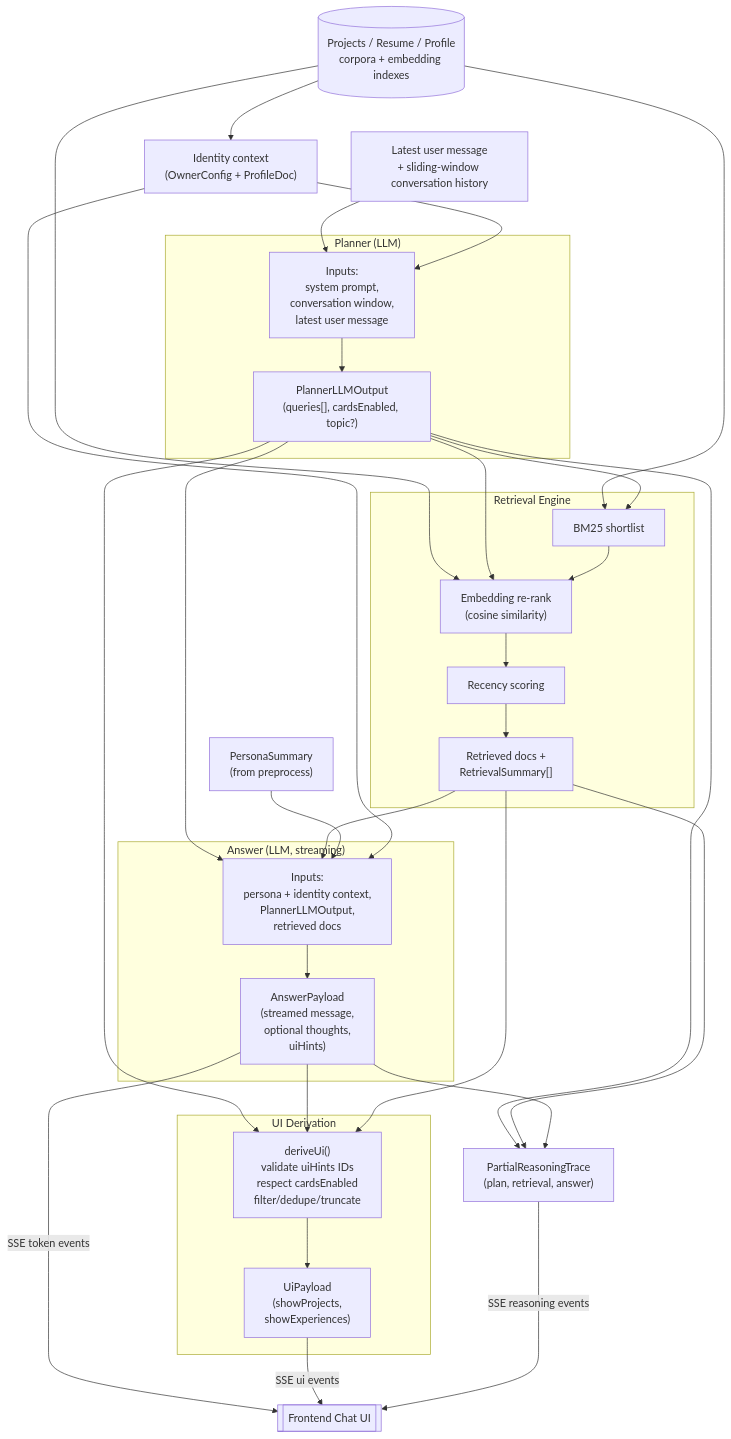
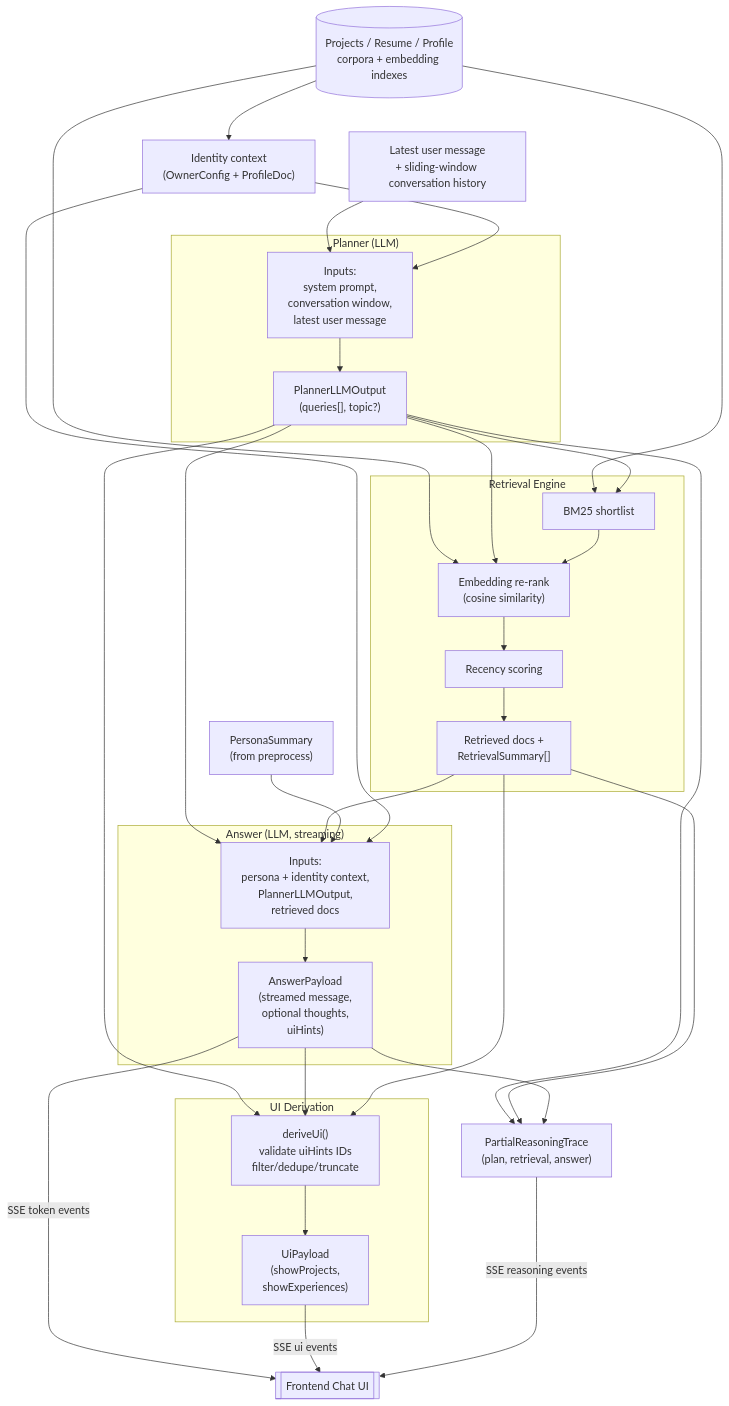
The diagram in generated-diagrams/portfolio-chat-pipeline-internals.mmd (Volpestyle/portfolio), drawn with Mermaid before and after one commit. The commit also changed 7 other files, not shown here.

First line of the commit message:
chore: regenerate diagrams, persona, and preprocess metrics

```diff
--- a/generated-diagrams/portfolio-chat-pipeline-internals.mmd
+++ b/generated-diagrams/portfolio-chat-pipeline-internals.mmd
@@ -1,68 +1,68 @@
 %% Figure 5.0 -- Pipeline Stage Internals (Simplified)
 %% Output: portfolio-chat-pipeline-internals.png
 flowchart TB
   %% === Inputs ===
   USER_MSG["Latest user message\n+ sliding-window conversation history"]
   ID_CONTEXT["Identity context\n(OwnerConfig + ProfileDoc)"]
   PERSONA["PersonaSummary\n(from preprocess)"]
   CORPORA[(Projects / Resume / Profile\ncorpora + embedding indexes)]
 
   %% === Pipeline Stages ===
   subgraph PLANNER["Planner (LLM)"]
     P_IN["Inputs:\nsystem prompt,\nconversation window,\nlatest user message"]
-    P_OUT["PlannerLLMOutput\n(queries[], cardsEnabled, topic?)"]
+    P_OUT["PlannerLLMOutput\n(queries[], topic?)"]
   end
 
   subgraph RETR["Retrieval Engine"]
     RET_BM25["BM25 shortlist"]
     RET_EMB["Embedding re-rank\n(cosine similarity)"]
     RET_REC["Recency scoring"]
     RET_OUT["Retrieved docs +\nRetrievalSummary[]"]
   end
 
   subgraph ANSWER["Answer (LLM, streaming)"]
     A_IN["Inputs:\npersona + identity context,\nPlannerLLMOutput,\nretrieved docs"]
     A_OUT["AnswerPayload\n(streamed message,\noptional thoughts,\nuiHints)"]
   end
 
   subgraph UI["UI Derivation"]
-    UI_DERIVE["deriveUi()\nvalidate uiHints IDs\nrespect cardsEnabled\nfilter/dedupe/truncate"]
+    UI_DERIVE["deriveUi()\nvalidate uiHints IDs\nfilter/dedupe/truncate"]
     UI_PAYLOAD["UiPayload\n(showProjects,\nshowExperiences)"]
   end
 
   REASON["PartialReasoningTrace\n(plan, retrieval, answer)"]
 
   %% === Flow ===
   USER_MSG --> P_IN
   ID_CONTEXT --> P_IN
   CORPORA --> ID_CONTEXT
   P_IN --> P_OUT
 
   CORPORA --> RET_BM25
   CORPORA --> RET_EMB
   P_OUT --> RET_BM25
   P_OUT --> RET_EMB
   RET_BM25 --> RET_EMB
   RET_EMB --> RET_REC
   RET_REC --> RET_OUT
 
   P_OUT --> A_IN
   RET_OUT --> A_IN
   PERSONA --> A_IN
   ID_CONTEXT --> A_IN
   A_IN --> A_OUT
 
   P_OUT --> UI_DERIVE
   A_OUT --> UI_DERIVE
   RET_OUT --> UI_DERIVE
   UI_DERIVE --> UI_PAYLOAD
 
   P_OUT --> REASON
   RET_OUT --> REASON
   A_OUT --> REASON
 
   %% === SSE outputs ===
   UI_CLIENT[[Frontend Chat UI]]
   A_OUT -->|SSE token events| UI_CLIENT
   UI_PAYLOAD -->|SSE ui events| UI_CLIENT
   REASON -->|SSE reasoning events| UI_CLIENT
```
